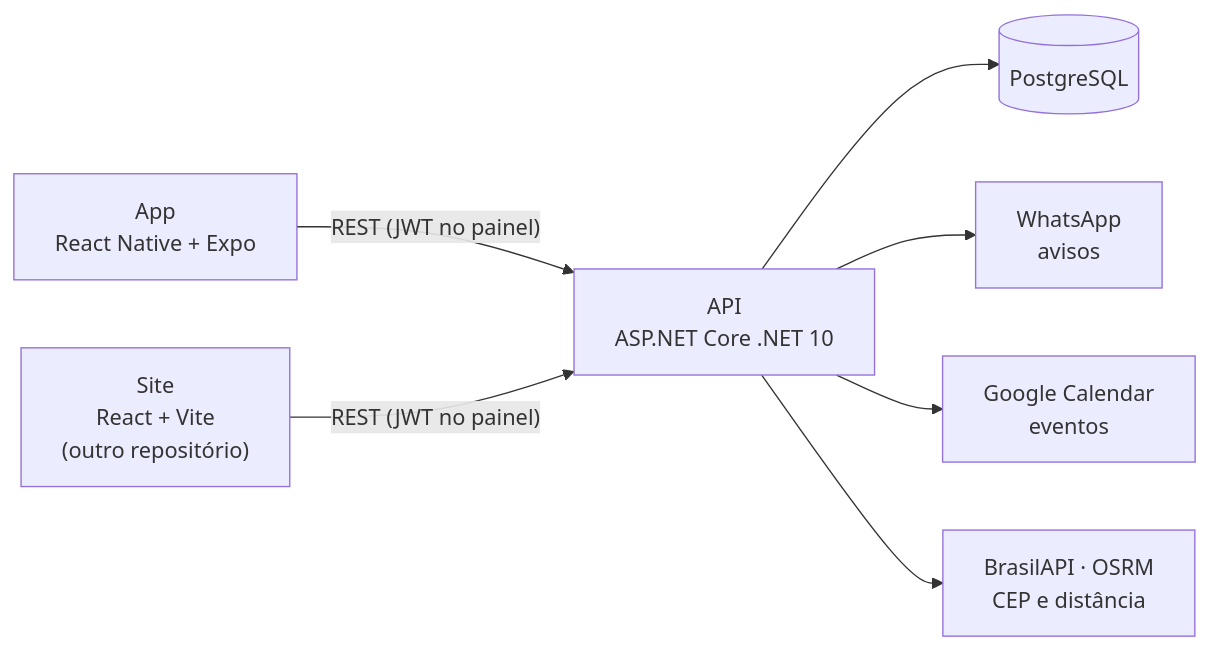
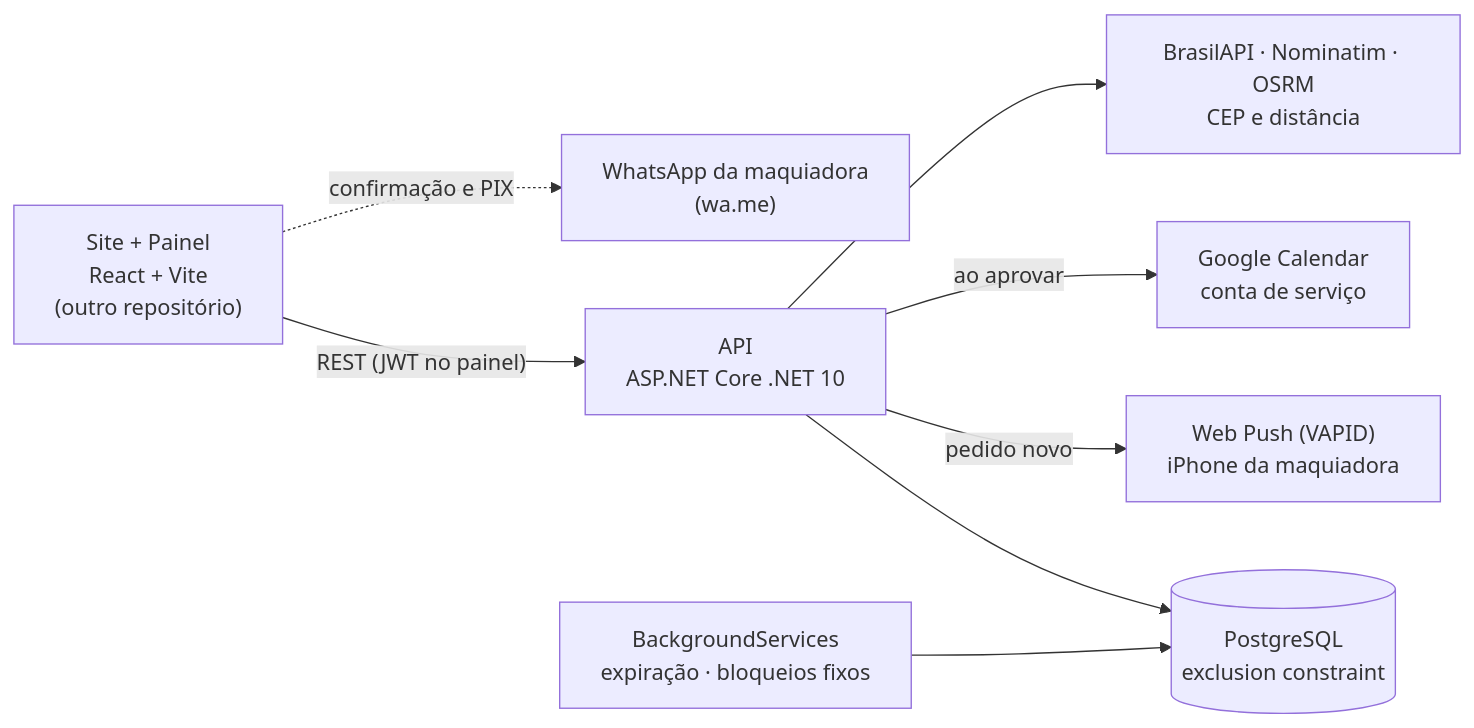
The diagram in README.md (araujogbs/lari-novais-beauty-agendamento), drawn with Mermaid before and after one commit. The commit also changed other lines of this file and 1 other file, not shown here.

Commit message:
docs: README com o site como cliente principal, Google Agenda ligado, Web Push, modelo de dados completo e app como legado

````diff
--- a/README.md
+++ b/README.md
@@ -19,9 +18,10 @@
 ```mermaid
 flowchart LR
-    App["App<br/>React Native + Expo"] -->|"REST (JWT no painel)"| API
-    Site["Site<br/>React + Vite<br/>(outro repositório)"] -->|"REST (JWT no painel)"| API
-    API["API<br/>ASP.NET Core .NET 10"] --> DB[("PostgreSQL")]
-    API --> WA["WhatsApp<br/>avisos"]
-    API --> GC["Google Calendar<br/>eventos"]
-    API --> GEO["BrasilAPI · OSRM<br/>CEP e distância"]
+    Site["Site + Painel<br/>React + Vite<br/>(outro repositório)"] -->|"REST (JWT no painel)"| API
+    API["API<br/>ASP.NET Core .NET 10"] --> DB[("PostgreSQL<br/>exclusion constraint")]
+    API -->|"pedido novo"| PUSH["Web Push (VAPID)<br/>iPhone da maquiadora"]
+    API -->|"ao aprovar"| GC["Google Calendar<br/>conta de serviço"]
+    API --> GEO["BrasilAPI · Nominatim · OSRM<br/>CEP e distância"]
+    Site -.->|"confirmação e PIX"| WA["WhatsApp da maquiadora<br/>(wa.me)"]
+    BG["BackgroundServices<br/>expiração · bloqueios fixos"] --> DB
 ```
````
